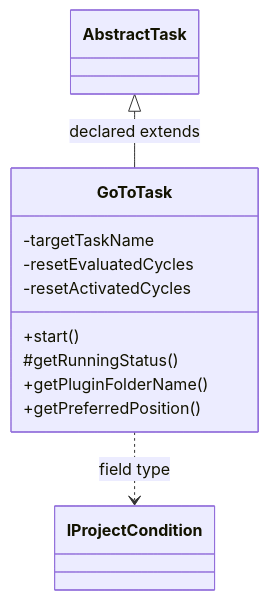
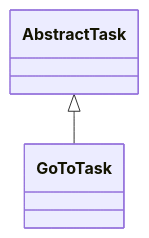
The diagram in docs/sqx/CustomProjects/TaskGoToTask.md (haruperi/HaruQuantAI), drawn with Mermaid before and after one commit. The commit also changed other lines of this file and 1688 other files, not shown here.

````diff
--- a/docs/sqx/CustomProjects/TaskGoToTask.md
+++ b/docs/sqx/CustomProjects/TaskGoToTask.md
@@ -30,16 +26,6 @@
 ```mermaid
 classDiagram
-    class Cbe9ce5aca6a5["GoToTask"] {
-        -targetTaskName
-        -resetEvaluatedCycles
-        -resetActivatedCycles
-        +start()
-        #getRunningStatus()
-        +getPluginFolderName()
-        +getPreferredPosition()
-    }
-    class C930244e123f1["IProjectCondition"]
-    class Ce44d386802cb["AbstractTask"]
-    Ce44d386802cb <|-- Cbe9ce5aca6a5 : declared extends
-    Cbe9ce5aca6a5 ..> C930244e123f1 : field type
+    class C0["GoToTask"]
+    class E0["AbstractTask"]
+    E0 <|-- C0
 ```
````
